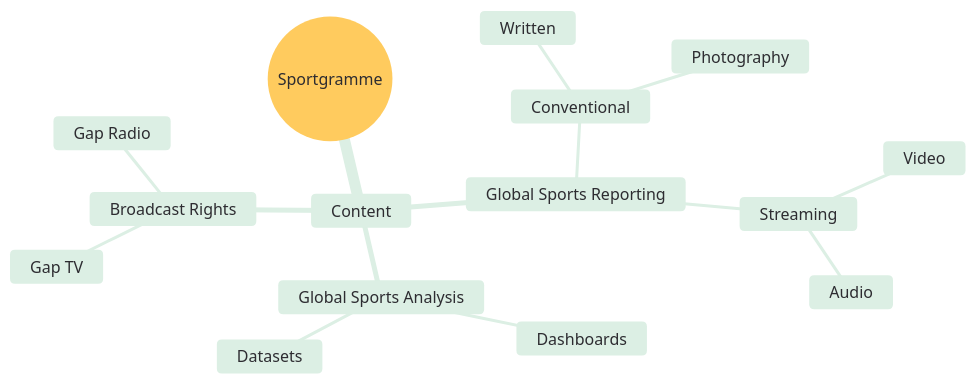
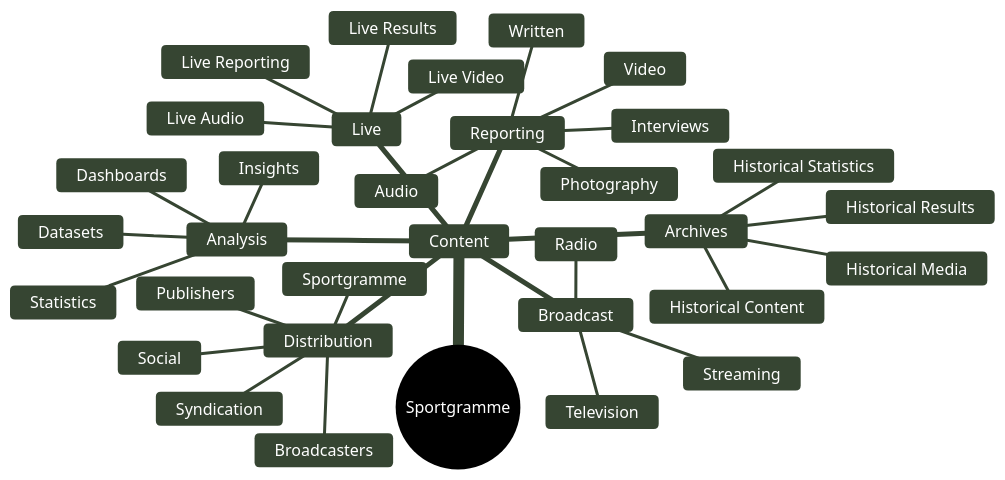
The diagram in Business Models/The Content Model.md (sportgramme/.github), drawn with Mermaid before and after one commit. The commit also changed other lines of this file, not shown here.

Commit message:
Update The Content Model.md

````diff
--- a/Business Models/The Content Model.md
+++ b/Business Models/The Content Model.md
@@ -2,60 +3,52 @@
 ```mermaid
-
 %%{init: {
   "theme": "base",
   "themeVariables": {
-    "background": "#FFFFFF",
-
-    "cScale0": "#2D2C31",
-    "cScale0Text": "#FFFFFF",
-
-    "cScale1": "#DCEFE4",
-    "cScale1Text": "#2D2C31",
-
-    "cScale2": "#C4E2D0",
-    "cScale2Text": "#2D2C31",
-
-    "cScale3": "#A6CFB6",
-    "cScale3Text": "#2D2C31",
-
-    "cScale4": "#EAF5EE",
-    "cScale4Text": "#2D2C31",
-
-    "lineColor": "#477A5C",
-    "textColor": "#2D2C31",
-    "primaryTextColor": "#2D2C31",
+    "background": "#F7F5EF",
+    "primaryColor": "#2F4A32",
+    "primaryTextColor": "#FFFFFF",
+    "primaryBorderColor": "#233A27",
+    "secondaryColor": "#6F8F68",
+    "secondaryTextColor": "#FFFFFF",
+    "tertiaryColor": "#DCE5D5",
+    "tertiaryTextColor": "#263526",
+    "lineColor": "#6F8068",
     "fontFamily": "Arial, Helvetica, sans-serif"
   }
 }}%%
 
 mindmap
   root((Sportgramme))
-
     Content
-
-      Global Sports Reporting
-
-        Conventional
-
-          Written
-
-          Photography
-
+      Reporting
+        Written
+        Photography
+        Video
+        Audio
+        Interviews
+      Analysis
+        Dashboards
+        Datasets
+        Statistics
+        Insights
+      Live
+        Live Reporting
+        Live Results
+        Live Video
+        Live Audio
+      Archives
+        Historical Content
+        Historical Results
+        Historical Statistics
+        Historical Media
+      Broadcast
+        Television
+        Radio
         Streaming
-
-          Video
-
-          Audio
-
-      Global Sports Analysis
-
-        Dashboards
-
-        Datasets
-
-      Broadcast Rights
-        Gap TV
-
-        Gap Radio
-
+      Distribution
+        Sportgramme
+        Publishers
+        Broadcasters
+        Social
+        Syndication
 ```
````
